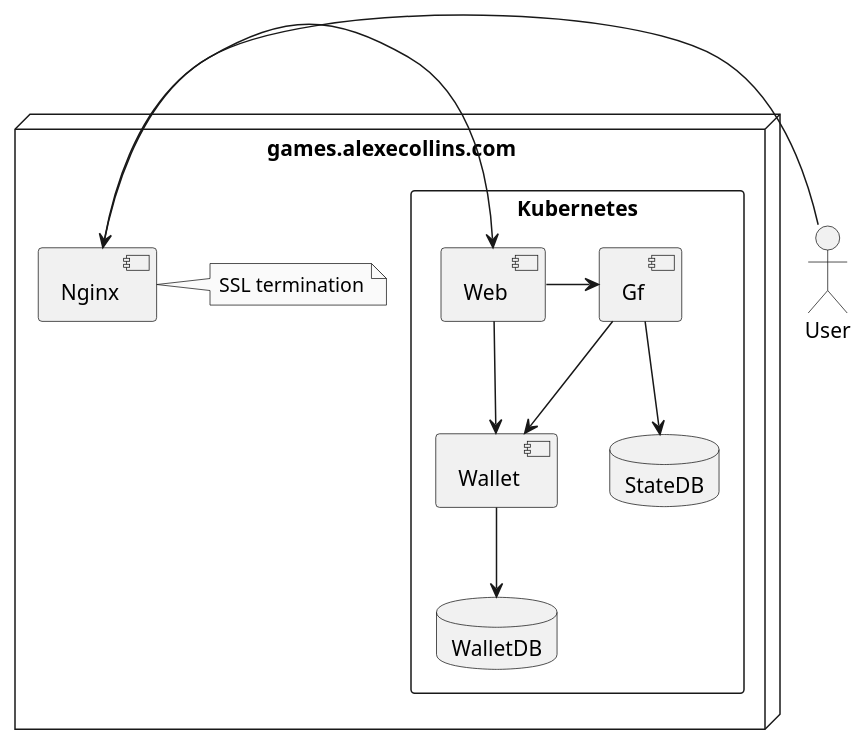
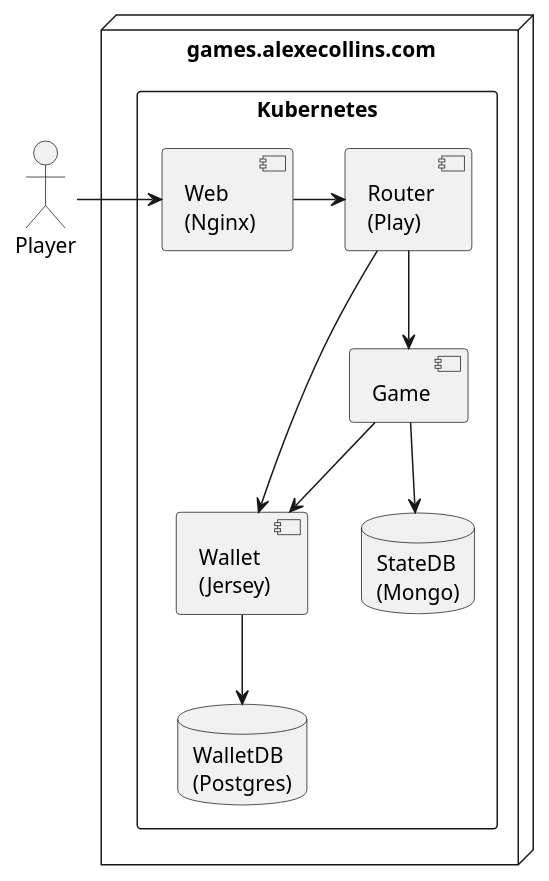
One commit to helios-games/helios-games changed the diagram in arch.puml. Above: the diagram before and after it, drawn with PlantUML. The commit also changed 2 other files, not shown here.

Commit message:
updated diagrams

```diff
--- a/arch.puml
+++ b/arch.puml
@@ -1,28 +1,27 @@
 @startuml
 
 skinparam shadowing false
 skinparam monochrome true
+skinparam componentStyle uml2
 
-actor User
+actor Player
 
 node games.alexecollins.com {
-  component Nginx
-  note right: SSL termination
   rectangle Kubernetes {
-    component Web
-    component Wallet
-    component Gf
-    database StateDB
-    database WalletDB
-  }
+    component "Web \n(Nginx)" as Web
+    component "Router\n(Play)" as Router
+    component "Wallet\n(Jersey)" as Wallet
+    component Game
+    database "StateDB\n(Mongo)" as StateDB
+    database "WalletDB\n(Postgres)" as WalletDB
 }
 
-User -> Nginx
-Nginx -> Web
-Web -> Gf
-Web --> Wallet
-Gf --> Wallet
+Player -> Web
+Web -> Router
+Router --> Wallet
+Router -->  Game
+Game --> Wallet
 Wallet --> WalletDB
-Gf --> StateDB
+Game --> StateDB
 
 @enduml
```
